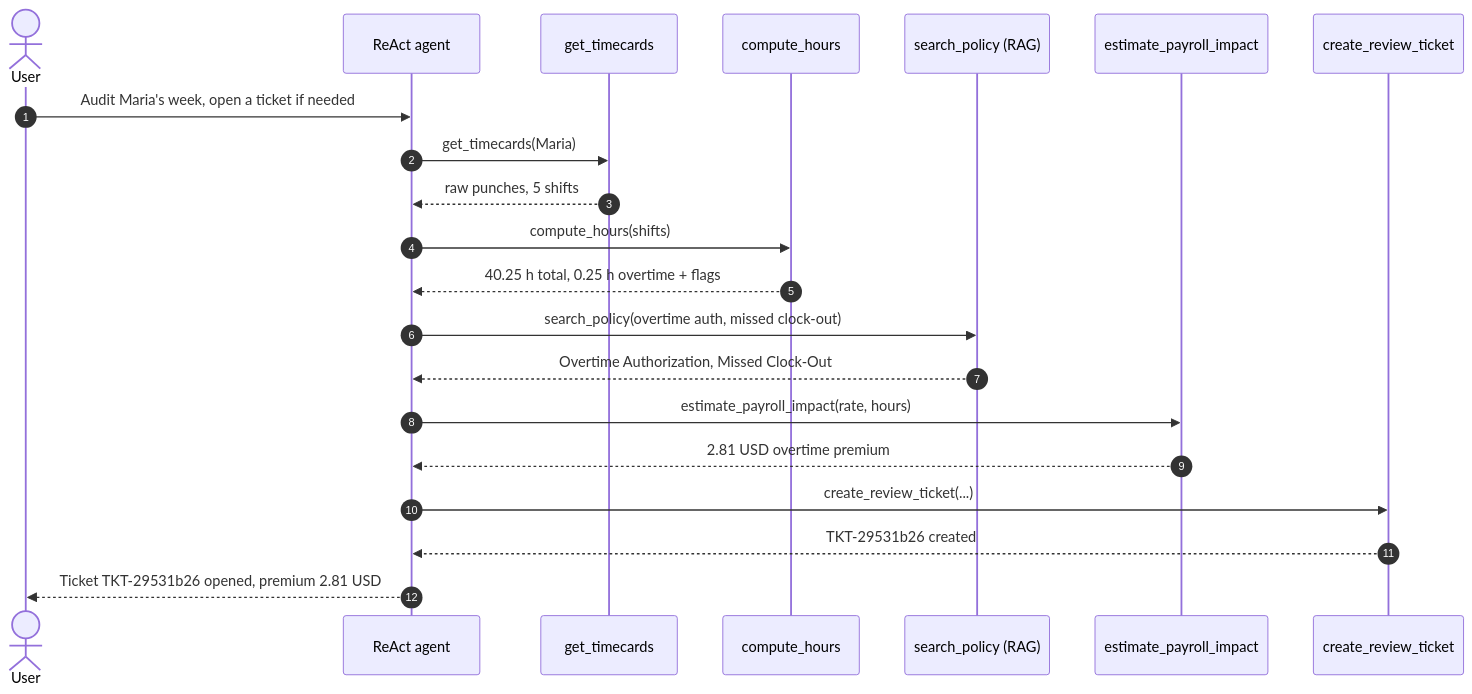
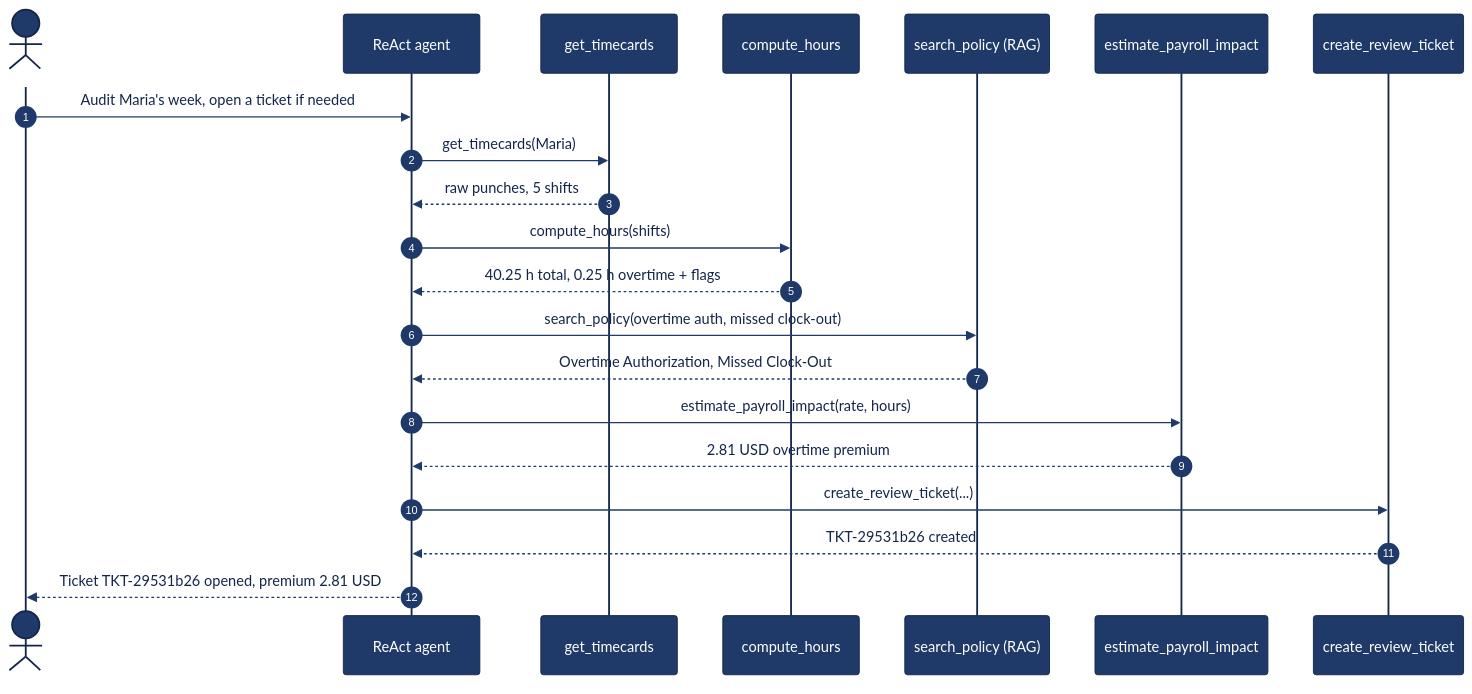
One commit to 2015pushkar/shiftguard_agent_v1 changed the third of 4 diagrams in README.md. Above: the diagram before and after it, drawn with Mermaid. The commit also changed other lines of this file, not shown here.

Commit message:
docs: Enhance README with updated Mermaid diagrams and future scope for productionizing

````diff
--- a/README.md
+++ b/README.md
@@ -88,24 +89,25 @@
 ```mermaid
+%%{init: {'theme':'base','themeVariables':{'actorBkg':'#1f3a68','actorBorder':'#13264a','actorTextColor':'#ffffff','signalColor':'#1f3a68','signalTextColor':'#13264a','noteBkgColor':'#ffe066','noteBorderColor':'#e8a200','noteTextColor':'#3d2c00','sequenceNumberColor':'#ffffff'}}}%%
 sequenceDiagram
     autonumber
     actor U as User
     participant A as ReAct agent
     participant TC as get_timecards
     participant CH as compute_hours
     participant P as search_policy (RAG)
     participant EP as estimate_payroll_impact
     participant TK as create_review_ticket
 
     U->>A: Audit Maria's week, open a ticket if needed
     A->>TC: get_timecards(Maria)
     TC-->>A: raw punches, 5 shifts
     A->>CH: compute_hours(shifts)
     CH-->>A: 40.25 h total, 0.25 h overtime + flags
     A->>P: search_policy(overtime auth, missed clock-out)
     P-->>A: Overtime Authorization, Missed Clock-Out
     A->>EP: estimate_payroll_impact(rate, hours)
     EP-->>A: 2.81 USD overtime premium
     A->>TK: create_review_ticket(...)
     TK-->>A: TKT-29531b26 created
     A-->>U: Ticket TKT-29531b26 opened, premium 2.81 USD
 ```
````
